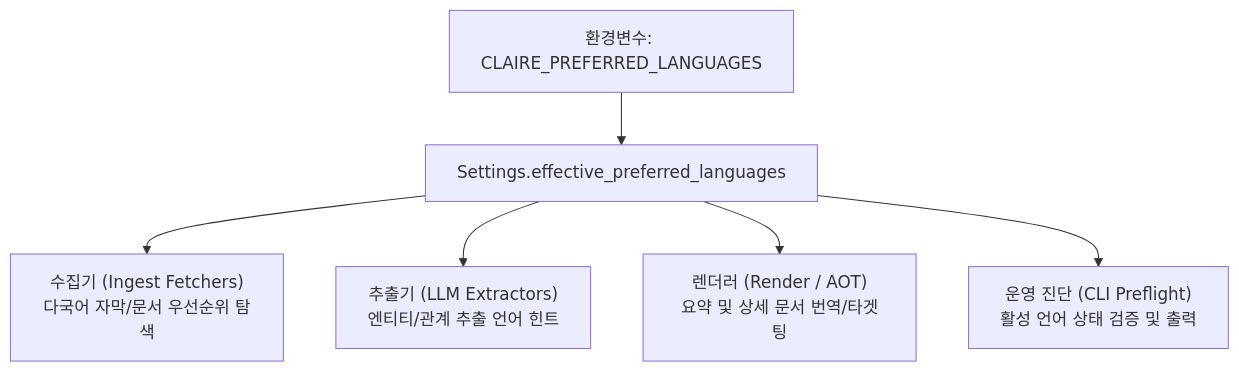
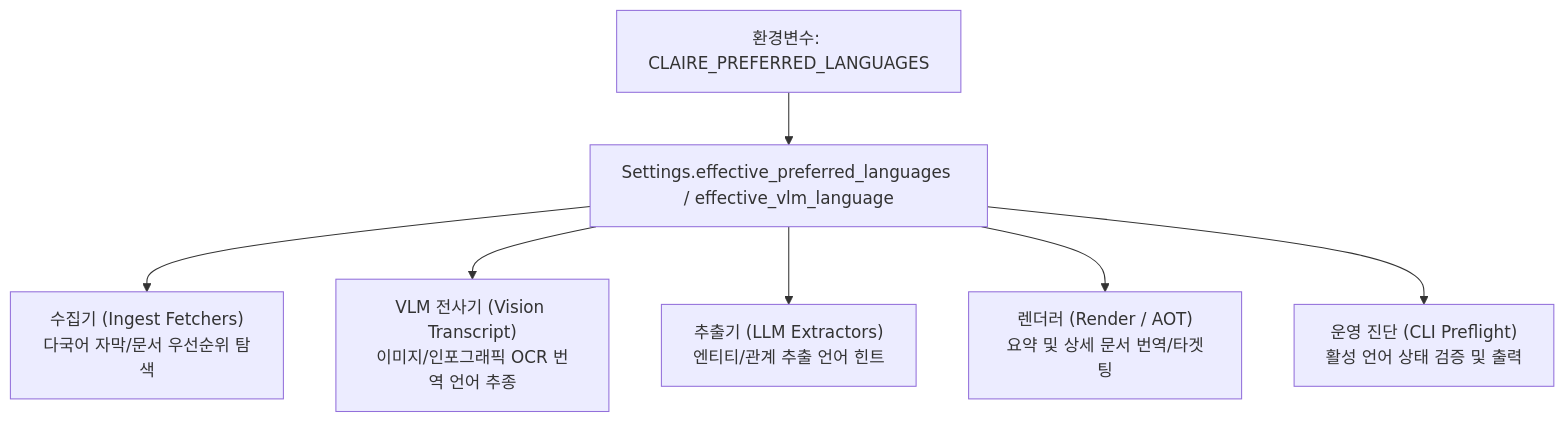
Before and after one commit to fofwisdom/claire-bible: the diagram in docs/origin/design/PREFERRED_LANGUAGES_DESIGN.md, drawn with Mermaid. The commit also changed other lines of this file and 5 other files, not shown here.

````diff
--- a/docs/origin/design/PREFERRED_LANGUAGES_DESIGN.md
+++ b/docs/origin/design/PREFERRED_LANGUAGES_DESIGN.md
@@ -73,9 +73,10 @@
 ```mermaid
 flowchart TD
-    ENV["환경변수: CLAIRE_PREFERRED_LANGUAGES"] --> SETTINGS["Settings.effective_preferred_languages"]
+    ENV["환경변수: CLAIRE_PREFERRED_LANGUAGES"] --> SETTINGS["Settings.effective_preferred_languages / effective_vlm_language"]
     
     SETTINGS --> F1["수집기 (Ingest Fetchers)<br/>다국어 자막/문서 우선순위 탐색"]
-    SETTINGS --> F2["추출기 (LLM Extractors)<br/>엔티티/관계 추출 언어 힌트"]
-    SETTINGS --> F3["렌더러 (Render / AOT)<br/>요약 및 상세 문서 번역/타겟팅"]
-    SETTINGS --> F4["운영 진단 (CLI Preflight)<br/>활성 언어 상태 검증 및 출력"]
+    SETTINGS --> F2["VLM 전사기 (Vision Transcript)<br/>이미지/인포그래픽 OCR 번역 언어 추종"]
+    SETTINGS --> F3["추출기 (LLM Extractors)<br/>엔티티/관계 추출 언어 힌트"]
+    SETTINGS --> F4["렌더러 (Render / AOT)<br/>요약 및 상세 문서 번역/타겟팅"]
+    SETTINGS --> F5["운영 진단 (CLI Preflight)<br/>활성 언어 상태 검증 및 출력"]
 ```
````
